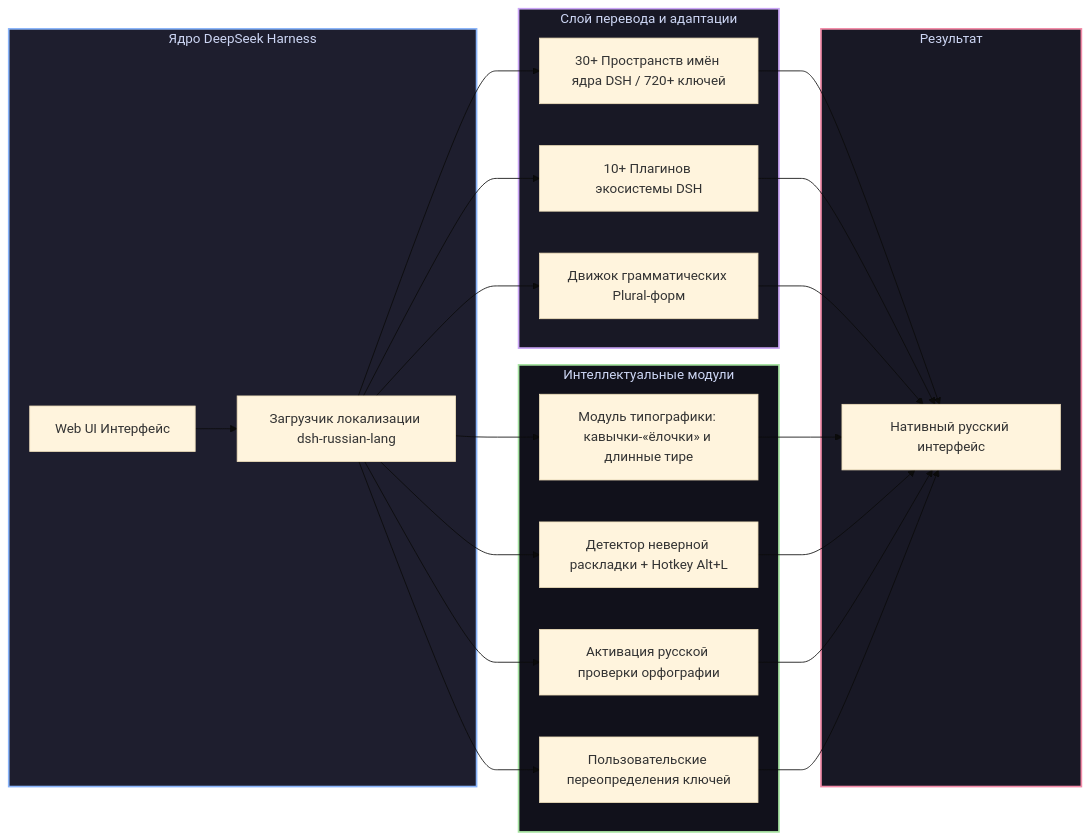
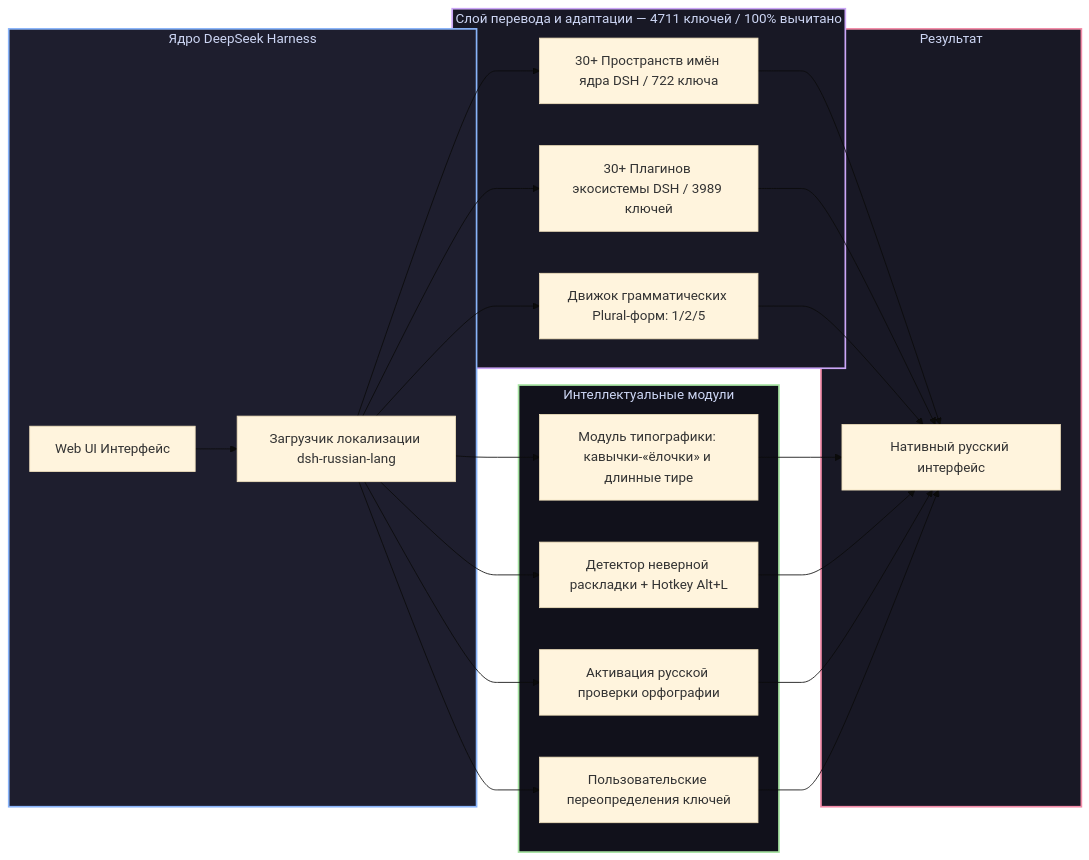
The diagram in README.md (GooDAnDReaDY/dsh-russian-lang), drawn with Mermaid (base theme) before and after one commit. The commit also changed other lines of this file and 1 other file, not shown here.

````diff
--- a/README.md
+++ b/README.md
@@ -28,34 +34,34 @@
 ```mermaid
 graph LR
     subgraph DSHCore [Ядро DeepSeek Harness]
         DSH[Web UI Интерфейс] --> Loader[Загрузчик локализации dsh-russian-lang]
     end
 
-    subgraph TranslationLayer [Слой перевода и адаптации]
-        Loader --> CoreDict[30+ Пространств имён ядра DSH / 720+ ключей]
-        Loader --> PluginDict[10+ Плагинов экосистемы DSH]
-        Loader --> PluralEngine[Движок грамматических Plural-форм]
+    subgraph TranslationLayer [Слой перевода и адаптации — 4711 ключей / 100% вычитано]
+        Loader --> CoreDict[30+ Пространств имён ядра DSH / 722 ключа]
+        Loader --> PluginDict[30+ Плагинов экосистемы DSH / 3989 ключей]
+        Loader --> PluralEngine[Движок грамматических Plural-форм: 1/2/5]
     end
 
     subgraph SmartFeatures [Интеллектуальные модули]
         Loader --> Typo[Модуль типографики: кавычки-«ёлочки» и длинные тире]
         Loader --> LayoutFix[Детектор неверной раскладки + Hotkey Alt+L]
         Loader --> Spell[Активация русской проверки орфографии]
         Loader --> Overrides[Пользовательские переопределения ключей]
     end
 
     subgraph Result [Результат]
         CoreDict --> NativeUI[Нативный русский интерфейс]
         PluginDict --> NativeUI
         PluralEngine --> NativeUI
         Typo --> NativeUI
         LayoutFix --> NativeUI
         Spell --> NativeUI
         Overrides --> NativeUI
     end
 
     style DSHCore fill:#1e1e2e,stroke:#89b4fa,stroke-width:2px,color:#cdd6f4
     style TranslationLayer fill:#181825,stroke:#cba6f7,stroke-width:2px,color:#cdd6f4
     style SmartFeatures fill:#11111b,stroke:#a6e3a1,stroke-width:2px,color:#cdd6f4
     style Result fill:#181825,stroke:#f38ba8,stroke-width:2px,color:#cdd6f4
 ```
````
